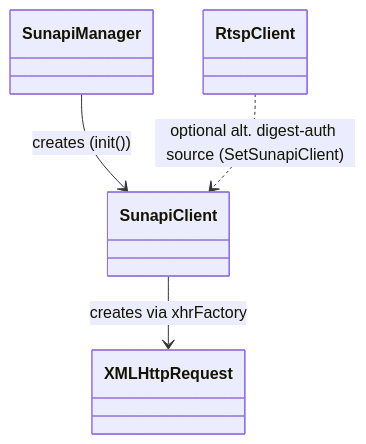
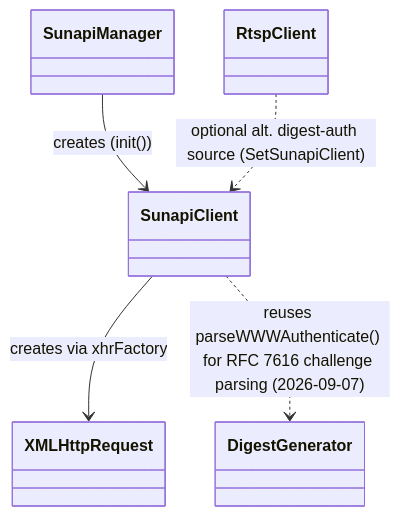
The sixth of 11 diagrams in docs/player/02-network.md (melchi45/rtsp-over-websocket), drawn with Mermaid before and after one commit. The commit also changed other lines of this file and 1 other file, not shown here.

````diff
--- a/docs/player/02-network.md
+++ b/docs/player/02-network.md
@@ -855,11 +900,13 @@
 ```mermaid
 classDiagram
     class SunapiManager
     class SunapiClient
     class RtspClient
+    class DigestGenerator
     class XMLHttpRequest
 
     SunapiManager --> SunapiClient : creates (init())
     RtspClient ..> SunapiClient : optional alt. digest-auth source (SetSunapiClient)
     SunapiClient --> XMLHttpRequest : creates via xhrFactory
+    SunapiClient ..> DigestGenerator : reuses parseWWWAuthenticate() for RFC 7616 challenge parsing (2026-09-07)
 ```
````
